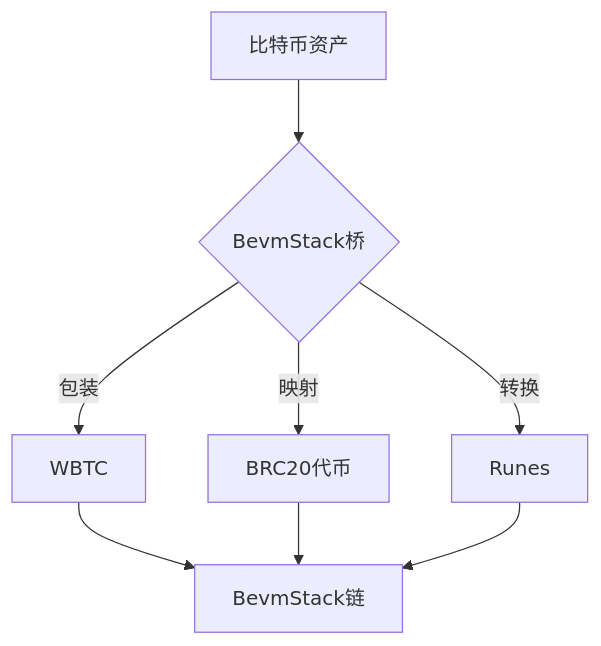
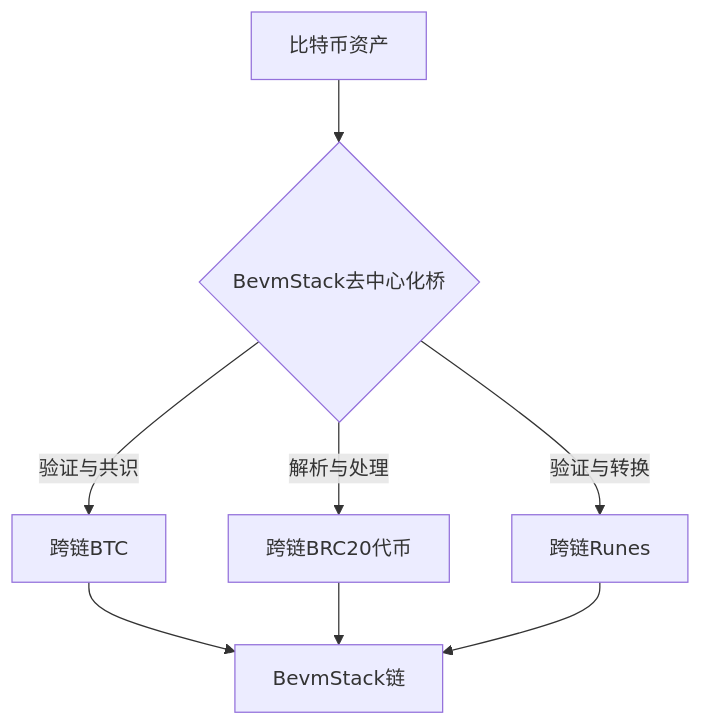
Before and after one commit to btclayer2/BEVM-Stack: the seventh of 8 diagrams in README-cn.md, drawn with Mermaid. The commit also changed other lines of this file, not shown here.

````diff
--- a/README-cn.md
+++ b/README-cn.md
@@ -208,10 +210,10 @@
 ```mermaid
 graph TB
-  A[比特币资产] --> B{BevmStack桥}
-  B --> |包装| C[WBTC]
-  B --> |映射| D[BRC20代币]
-  B --> |转换| E[Runes]
+  A[比特币资产] --> B{BevmStack去中心化桥}
+  B --> |验证与共识| C[跨链BTC]
+  B --> |解析与处理| D[跨链BRC20代币]
+  B --> |验证与转换| E[跨链Runes]
   C --> F[BevmStack链]
   D --> F
   E --> F
 ```
````
